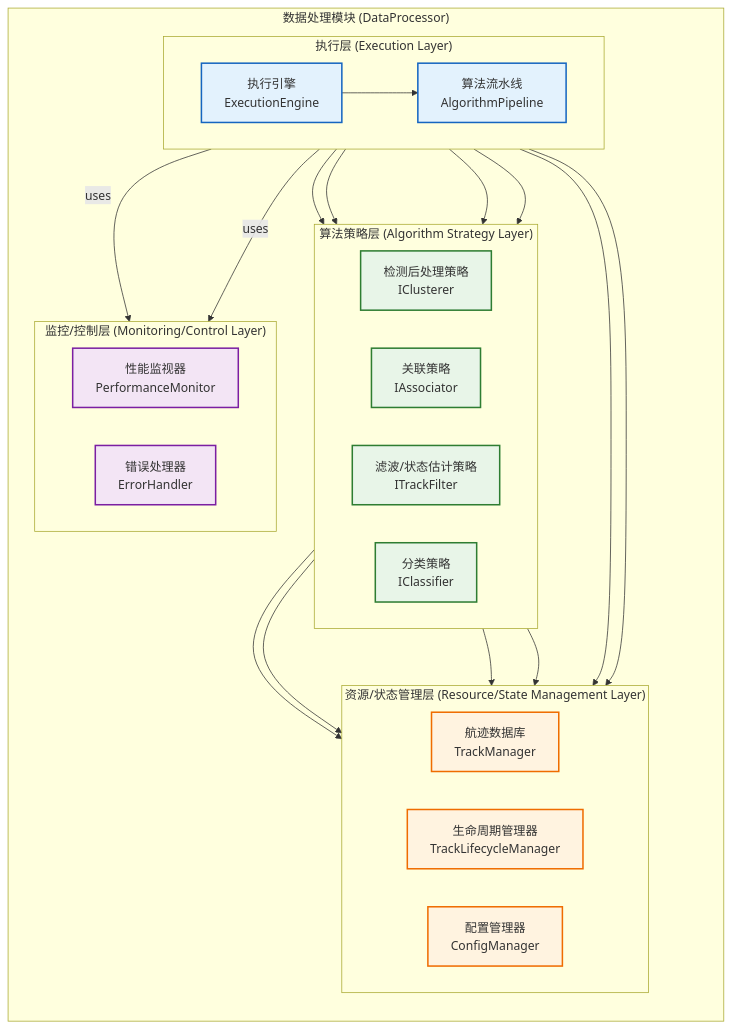
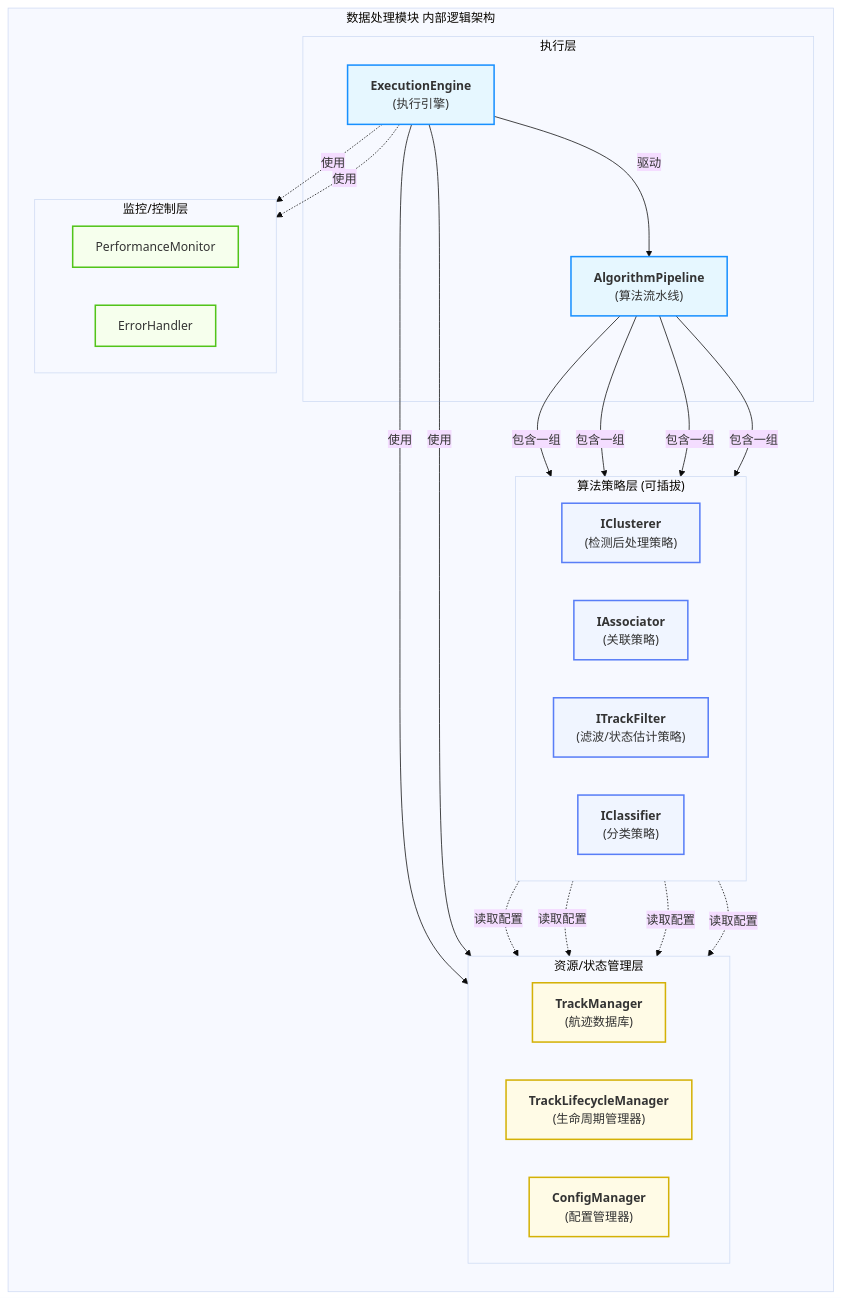
Before and after one commit to wendizhou99-cell/Radar: the second of 11 diagrams in docs/01_项目设计/02_模块设计/03_数据处理模块设计.md, drawn with Mermaid. The commit also changed other lines of this file and 26 other files, not shown here.

First line of the commit message:
docs: 完成数据架构文档系列重构和Mermaid可视化指南增强

````diff
--- a/docs/01_项目设计/02_模块设计/03_数据处理模块设计.md
+++ b/docs/01_项目设计/02_模块设计/03_数据处理模块设计.md
@@ -214,61 +158,70 @@
 ```mermaid
-graph TB
-    subgraph "数据处理模块 (DataProcessor)"
+---
+config:
+  theme: base
+  flowchart:
+    curve: basis
+---
+graph TD
+    %% --- 图例 (上下文颜色语义) ---
+    %% 执行层 (浅蓝): 模块的核心驱动与编排组件。
+    %% 算法策略层 (淡紫): 所有可插拔的、实现具体业务逻辑的算法。
+    %% 资源/状态管理层 (浅黄): 负责数据存储、状态管理和配置。
+    %% 监控/控制层 (浅绿): 提供性能监控、错误处理等横切关注点功能。
+
+    subgraph "数据处理模块 内部逻辑架构"
         direction TB
 
-        subgraph "执行层 (Execution Layer)"
-            direction LR
-            EXEC_ENGINE[执行引擎<br/>ExecutionEngine]
-            ALGO_PIPELINE[算法流水线<br/>AlgorithmPipeline]
+        subgraph "执行层"
+            EXEC_ENGINE["<b>ExecutionEngine</b><br/>(执行引擎)"]
+            ALGO_PIPELINE["<b>AlgorithmPipeline</b><br/>(算法流水线)"]
         end
 
-        subgraph "算法策略层 (Algorithm Strategy Layer)"
+        subgraph "算法策略层 (可插拔)"
             direction LR
-            POST_PROCESS[检测后处理策略<br/>IClusterer]
-            ASSOCIATOR[关联策略<br/>IAssociator]
-            FILTER[滤波/状态估计策略<br/>ITrackFilter]
-            CLASSIFIER[分类策略<br/>IClassifier]
+            POST_PROCESS["<b>IClusterer</b><br/>(检测后处理策略)"]
+            ASSOCIATOR["<b>IAssociator</b><br/>(关联策略)"]
+            FILTER["<b>ITrackFilter</b><br/>(滤波/状态估计策略)"]
+            CLASSIFIER["<b>IClassifier</b><br/>(分类策略)"]
         end
 
-        subgraph "资源/状态管理层 (Resource/State Management Layer)"
+        subgraph "资源/状态管理层"
             direction LR
-            TRACK_DB[航迹数据库<br/>TrackManager]
-            LIFECYCLE_MGR[生命周期管理器<br/>TrackLifecycleManager]
-            CONFIG_MGR[配置管理器<br/>ConfigManager]
+            TRACK_DB["<b>TrackManager</b><br/>(航迹数据库)"]
+            LIFECYCLE_MGR["<b>TrackLifecycleManager</b><br/>(生命周期管理器)"]
+            CONFIG_MGR["<b>ConfigManager</b><br/>(配置管理器)"]
         end
 
-        subgraph "监控/控制层 (Monitoring/Control Layer)"
+        subgraph "监控/控制层"
             direction LR
-            PERF_MONITOR[性能监视器<br/>PerformanceMonitor]
-            ERROR_HANDLER[错误处理器<br/>ErrorHandler]
+            PERF_MONITOR["PerformanceMonitor"]
+            ERROR_HANDLER["ErrorHandler"]
         end
-
-        %% 依赖关系
-        EXEC_ENGINE --> ALGO_PIPELINE
-        ALGO_PIPELINE --> POST_PROCESS
-        ALGO_PIPELINE --> ASSOCIATOR
-        ALGO_PIPELINE --> FILTER
-        ALGO_PIPELINE --> CLASSIFIER
-
-        EXEC_ENGINE --> TRACK_DB
-        EXEC_ENGINE --> LIFECYCLE_MGR
-
-        POST_PROCESS --> CONFIG_MGR
-        ASSOCIATOR --> CONFIG_MGR
-        FILTER --> CONFIG_MGR
-        CLASSIFIER --> CONFIG_MGR
-
-        EXEC_ENGINE -- "uses" --> PERF_MONITOR
-        EXEC_ENGINE -- "uses" --> ERROR_HANDLER
     end
 
-    classDef execution fill:#e3f2fd,stroke:#1565c0,stroke-width:2px
-    classDef strategy fill:#e8f5e8,stroke:#2e7d32,stroke-width:2px
-    classDef resource fill:#fff3e0,stroke:#ef6c00,stroke-width:2px
-    classDef monitor fill:#f3e5f5,stroke:#7b1fa2,stroke-width:2px
+    %% --- 关系定义 ---
+    EXEC_ENGINE -- "驱动" --> ALGO_PIPELINE
+    ALGO_PIPELINE -- "包含一组" --> POST_PROCESS & ASSOCIATOR & FILTER & CLASSIFIER
 
-    class EXEC_ENGINE,ALGO_PIPELINE execution
-    class POST_PROCESS,ASSOCIATOR,FILTER,CLASSIFIER strategy
-    class TRACK_DB,LIFECYCLE_MGR,CONFIG_MGR resource
-    class PERF_MONITOR,ERROR_HANDLER monitor
+    EXEC_ENGINE -- "使用" --> TRACK_DB
+    EXEC_ENGINE -- "使用" --> LIFECYCLE_MGR
+
+    POST_PROCESS -.->|读取配置| CONFIG_MGR
+    ASSOCIATOR -.->|读取配置| CONFIG_MGR
+    FILTER -.->|读取配置| CONFIG_MGR
+    CLASSIFIER -.->|读取配置| CONFIG_MGR
+
+    EXEC_ENGINE -.->|使用| PERF_MONITOR & ERROR_HANDLER
+
+    %% --- 标准 classDef 模板 ---
+    classDef role_A fill:#e6f7ff,stroke:#1890ff,stroke-width:2px
+    classDef role_B fill:#f0f5ff,stroke:#597ef7,stroke-width:2px
+    classDef role_C fill:#fffbe6,stroke:#d4b106,stroke-width:2px
+    classDef role_D fill:#f6ffed,stroke:#52c41a,stroke-width:2px
+
+    %% --- 样式应用 ---
+    class EXEC_ENGINE,ALGO_PIPELINE role_A
+    class POST_PROCESS,ASSOCIATOR,FILTER,CLASSIFIER role_B
+    class TRACK_DB,LIFECYCLE_MGR,CONFIG_MGR role_C
+    class PERF_MONITOR,ERROR_HANDLER role_D
 ```
````
